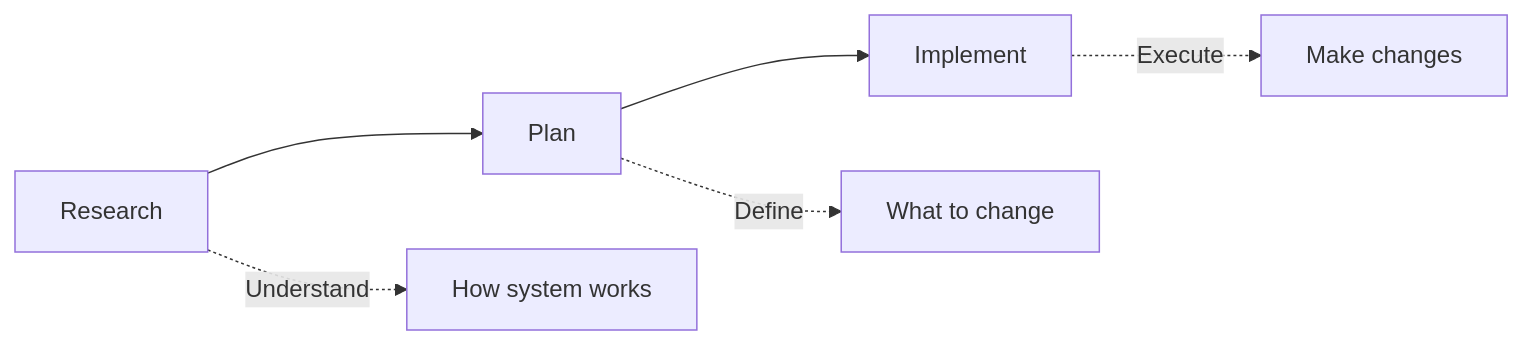
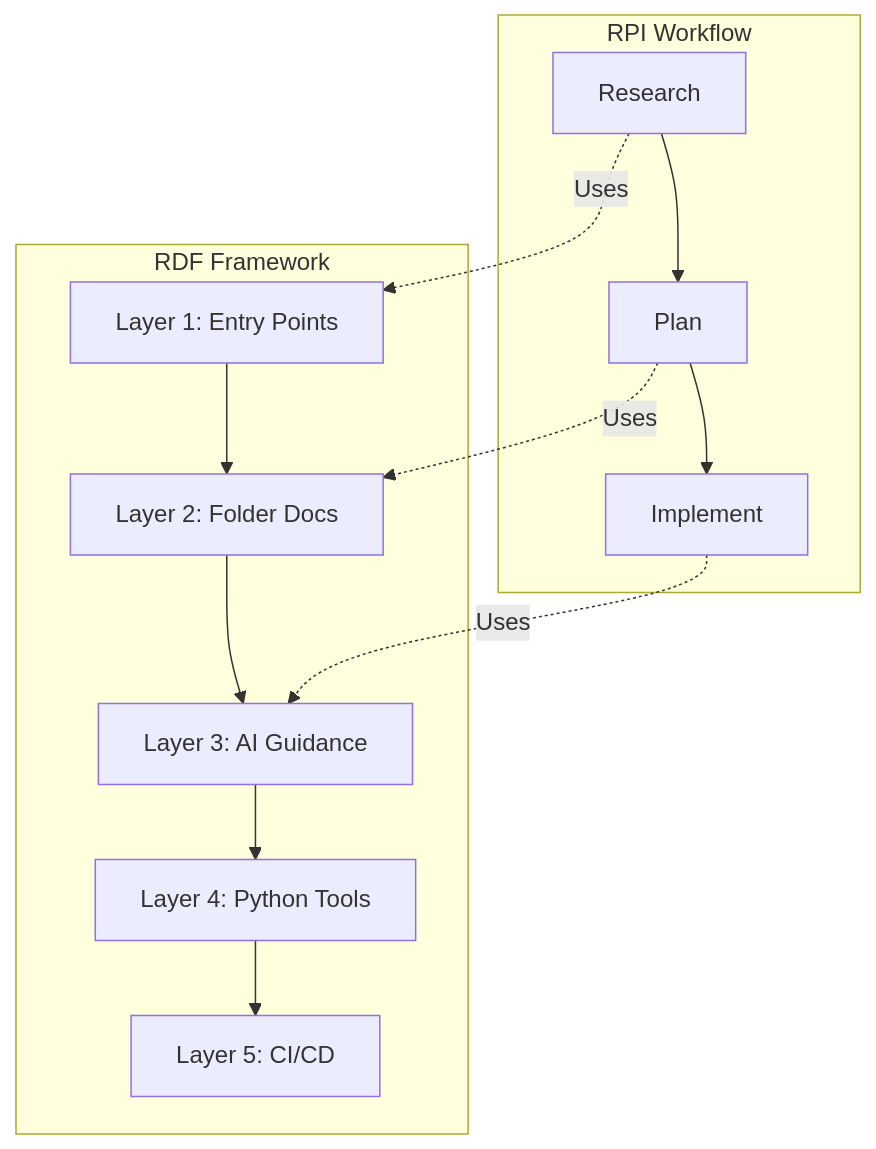
The diagram in README.md (benjaminmgross/maximal-ai), drawn with Mermaid before and after one commit. The commit also changed other lines of this file and 47 other files, not shown here.

````diff
--- a/README.md
+++ b/README.md
@@ -18,9 +24,20 @@
 ```mermaid
-graph LR
-    A[Research] --> B[Plan]
-    B --> C[Implement]
-    
-    A -.->|Understand| D[How system works]
-    B -.->|Define| E[What to change]
-    C -.->|Execute| F[Make changes]
+graph TB
+    subgraph "RPI Workflow"
+        A[Research] --> B[Plan]
+        B --> C[Implement]
+    end
+
+    subgraph "RDF Framework"
+        D[Layer 1: Entry Points]
+        E[Layer 2: Folder Docs]
+        F[Layer 3: AI Guidance]
+        G[Layer 4: Python Tools]
+        H[Layer 5: CI/CD]
+        D --> E --> F --> G --> H
+    end
+
+    A -.->|Uses| D
+    B -.->|Uses| E
+    C -.->|Uses| F
 ```
````
